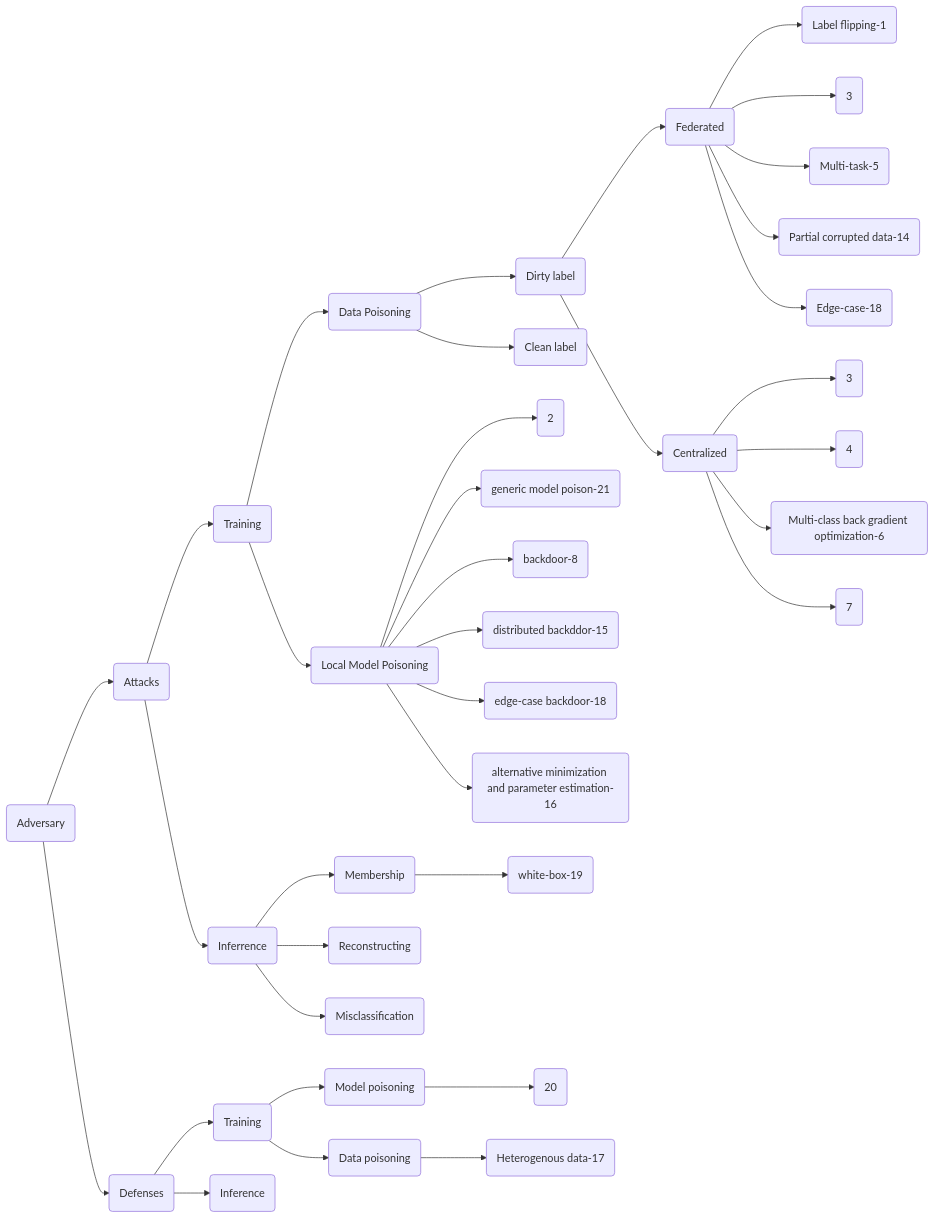
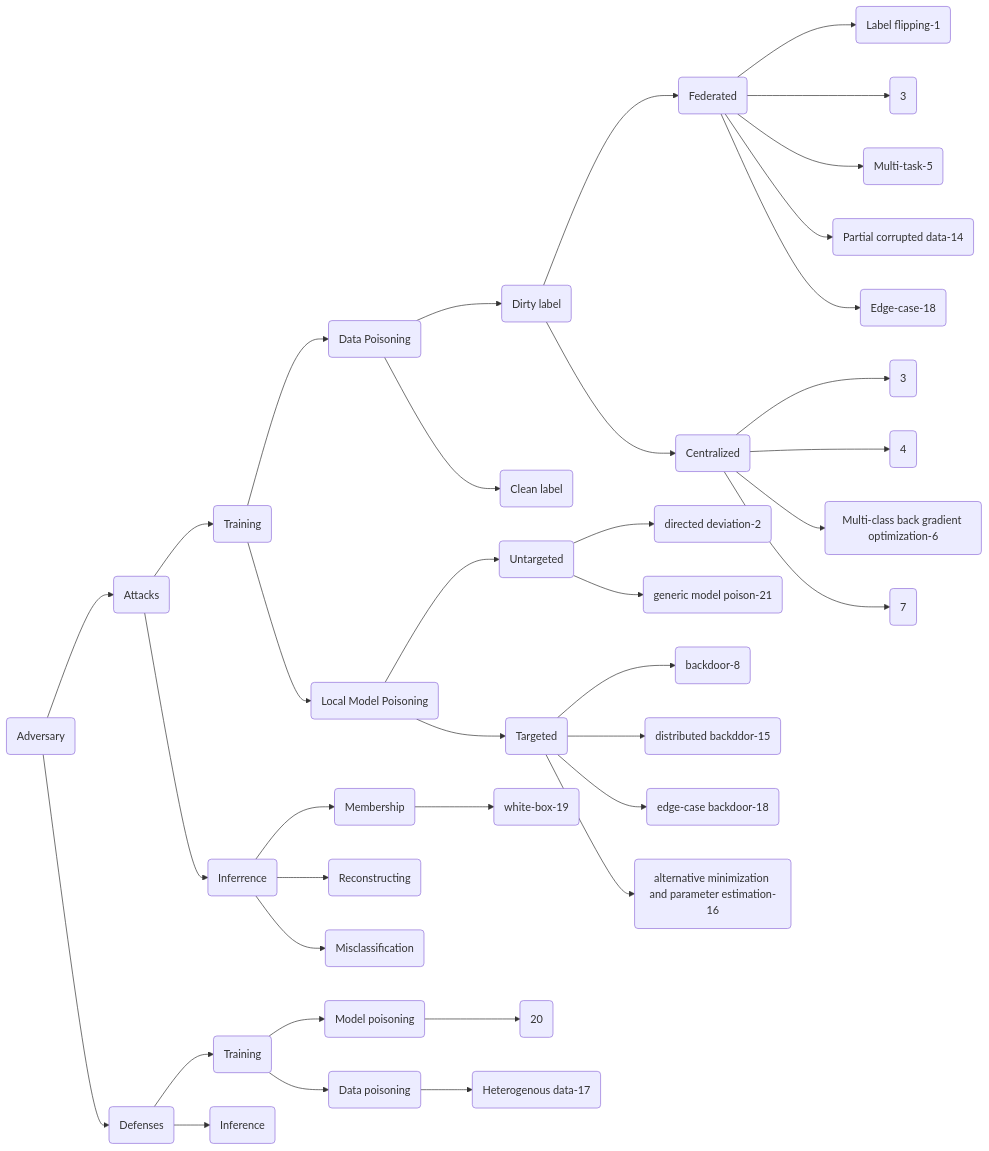
One commit to GillHuang-Xtler/flPapers changed the diagram in poison.md. Above: the diagram before and after it, drawn with Mermaid.

````diff
--- a/poison.md
+++ b/poison.md
@@ -162,38 +162,40 @@
 ```mermaid
 graph LR
 Z(Adversary)-->Z1(Attacks)
 Z-->Z2(Defenses)
 Z1-->A1(Training)
 Z1-->A2(Inferrence)
 A1-->B1(Data Poisoning)
 B1-->M1(Dirty label)
 B1-->M2(Clean label)
 A1-->B2(Local Model Poisoning)
 M1-->C1(Federated)
 M1-->C2(Centralized)
-B2-->D1(2)
-B2-->D3(generic model poison-21)
-B2-->D2(backdoor-8)
-B2-->D4(distributed backddor-15)
-B2-->D6(edge-case backdoor-18)
-B2-->D5(alternative minimization and parameter estimation-16)
+B2-->N1(Targeted)
+B2-->N2(Untargeted)
+N2-->D1(directed deviation-2)
+N2-->D3(generic model poison-21)
+N1-->D2(backdoor-8)
+N1-->D4(distributed backddor-15)
+N1-->D6(edge-case backdoor-18)
+N1-->D5(alternative minimization and parameter estimation-16)
 C1-->G1(Label flipping-1)
 C1-->G2(3)
 C1-->G3(Multi-task-5)
 C1-->G4(Partial corrupted data-14)
 C1-->G5(Edge-case-18)
 C2-->H1(3)
 C2-->H2(4)
 C2-->H3(Multi-class back gradient optimization-6)
 C2-->H4(7)
 A2-->B3(Membership)
 B3-->I1(white-box-19)
 A2-->B4(Reconstructing)
 A2-->B5(Misclassification)
 Z2-->B11(Training)
 Z2-->B12(Inference)
 B11-->C11(Model poisoning)
 B11-->C12(Data poisoning)
 C11-->D11(20)
 C12-->D12(Heterogenous data-17)
 ```
````
